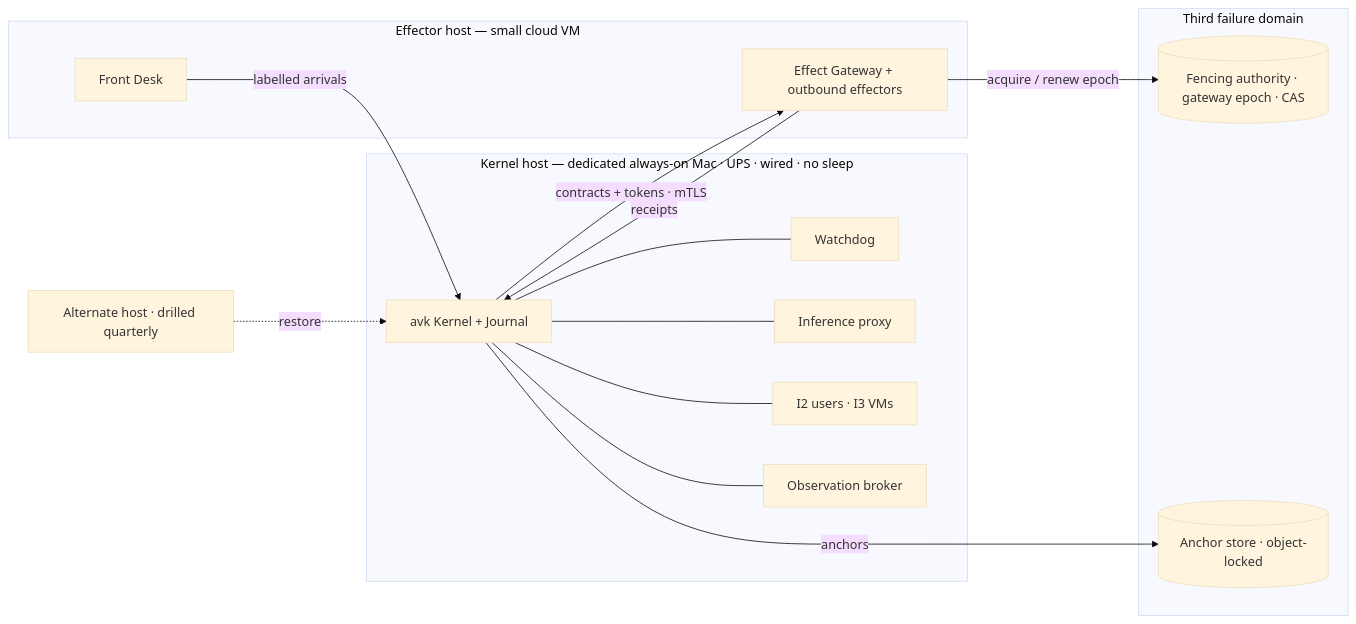
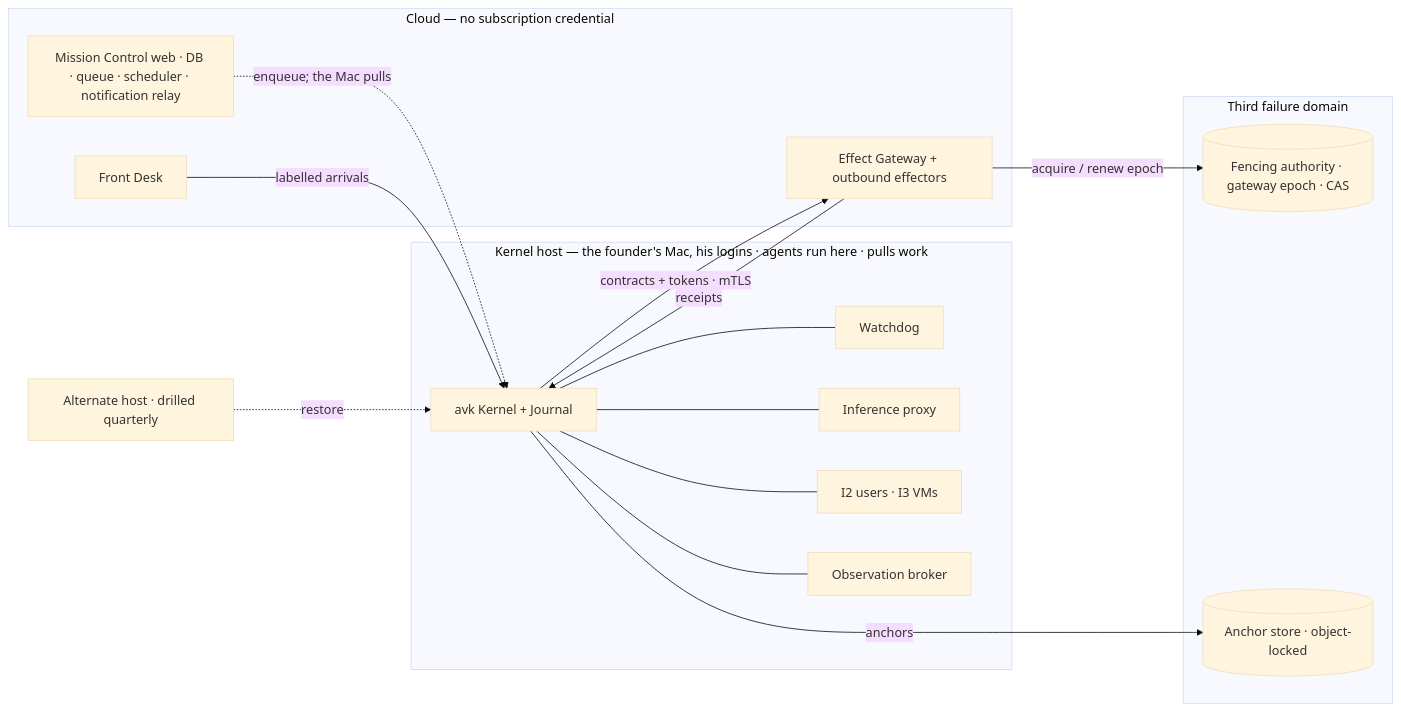
Before and after one commit to Adam077K/agentvibe: the third of 3 diagrams in docs/vision-v3/09a-ENGINEERING.md, drawn with Mermaid (base theme). The commit also changed other lines of this file and 15 other files, not shown here.

````diff
--- a/docs/vision-v3/09a-ENGINEERING.md
+++ b/docs/vision-v3/09a-ENGINEERING.md
@@ -689,23 +716,25 @@
 ```mermaid
 flowchart LR
-  subgraph MAC[Kernel host — dedicated always-on Mac · UPS · wired · no sleep]
+  subgraph MAC[Kernel host — the founder's Mac, his logins · agents run here · pulls work]
     K[avk Kernel + Journal] --- WD[Watchdog]
     K --- PX[Inference proxy]
     K --- VM[I2 users · I3 VMs]
     K --- OB[Observation broker]
   end
-  subgraph CLOUD[Effector host — small cloud VM]
+  subgraph CLOUD[Cloud — no subscription credential]
     GW[Effect Gateway + outbound effectors]
     FD[Front Desk]
+    MCW[Mission Control web · DB · queue · scheduler · notification relay]
   end
+  MCW -. enqueue; the Mac pulls .-> K
   subgraph THIRD[Third failure domain]
     FA[(Fencing authority · gateway epoch · CAS)]
     AN[(Anchor store · object-locked)]
   end
   K -- contracts + tokens · mTLS --> GW
   GW -- receipts --> K
   FD -- labelled arrivals --> K
   GW -- acquire / renew epoch --> FA
   K -- anchors --> AN
   ALT[Alternate host · drilled quarterly] -. restore .-> K
 ```
````
